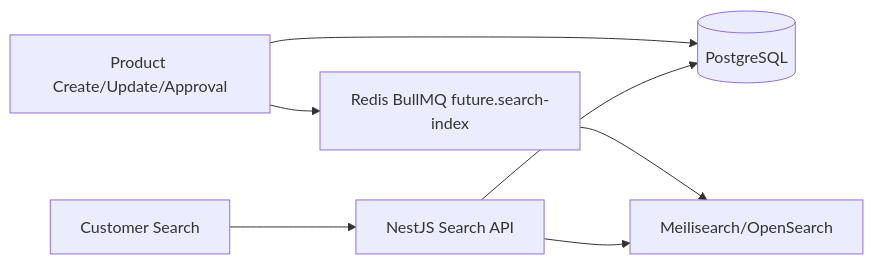
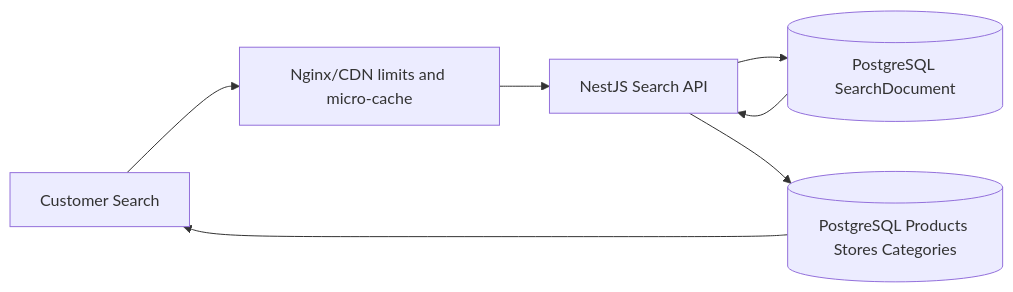
One commit to kishoresharmaks/ecomm changed the sixth of 20 diagrams in docs/IndiHub_IN_MEMORY_SEARCH_DB_WIREFLOW.md. Above: the diagram before and after it, drawn with Mermaid. The commit also changed other lines of this file and 372 other files, not shown here.

````diff
--- a/docs/IndiHub_IN_MEMORY_SEARCH_DB_WIREFLOW.md
+++ b/docs/IndiHub_IN_MEMORY_SEARCH_DB_WIREFLOW.md
@@ -323,9 +363,9 @@
 ```mermaid
 flowchart LR
-  ProductChange[Product Create/Update/Approval] --> DB[(PostgreSQL)]
-  ProductChange --> Job[Redis BullMQ future.search-index]
-  Job --> SearchIndex[Meilisearch/OpenSearch]
-  CustomerSearch[Customer Search] --> API[NestJS Search API]
-  API --> SearchIndex
-  API --> DB
+  Client[Customer Search] --> Edge[Nginx/CDN limits and micro-cache]
+  Edge --> API[NestJS Search API]
+  API --> Docs[(PostgreSQL SearchDocument)]
+  Docs --> API
+  API --> Hydrate[(PostgreSQL Products Stores Categories)]
+  Hydrate --> Client
 ```
````
